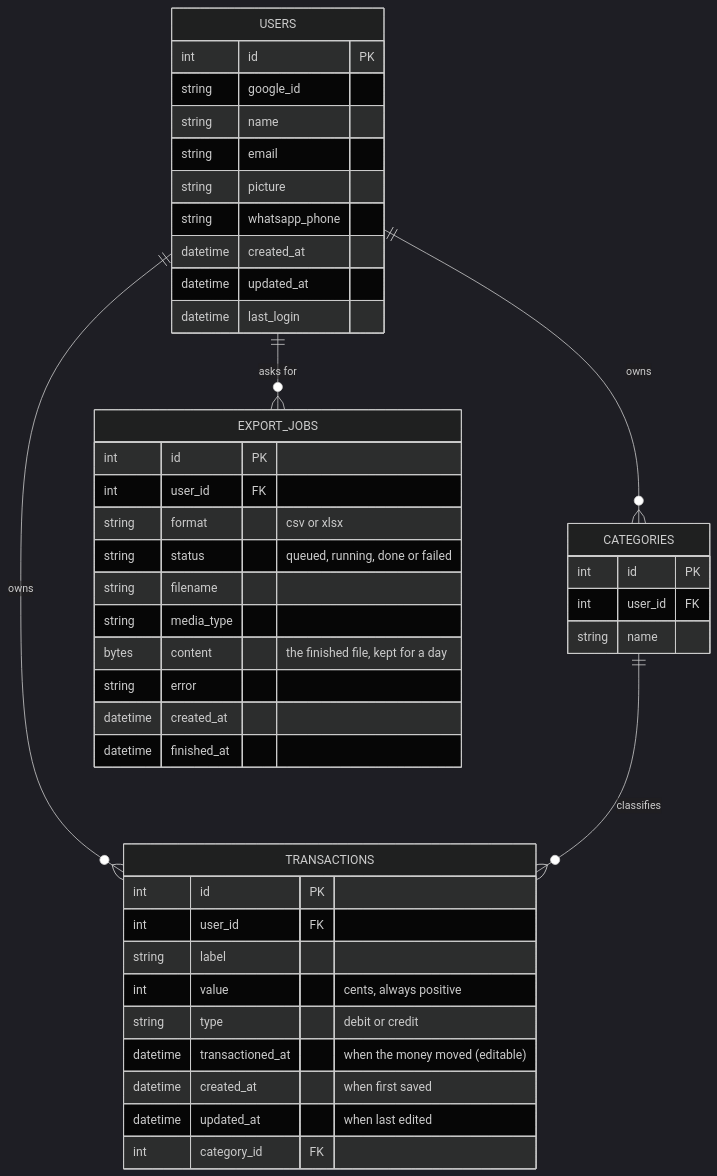
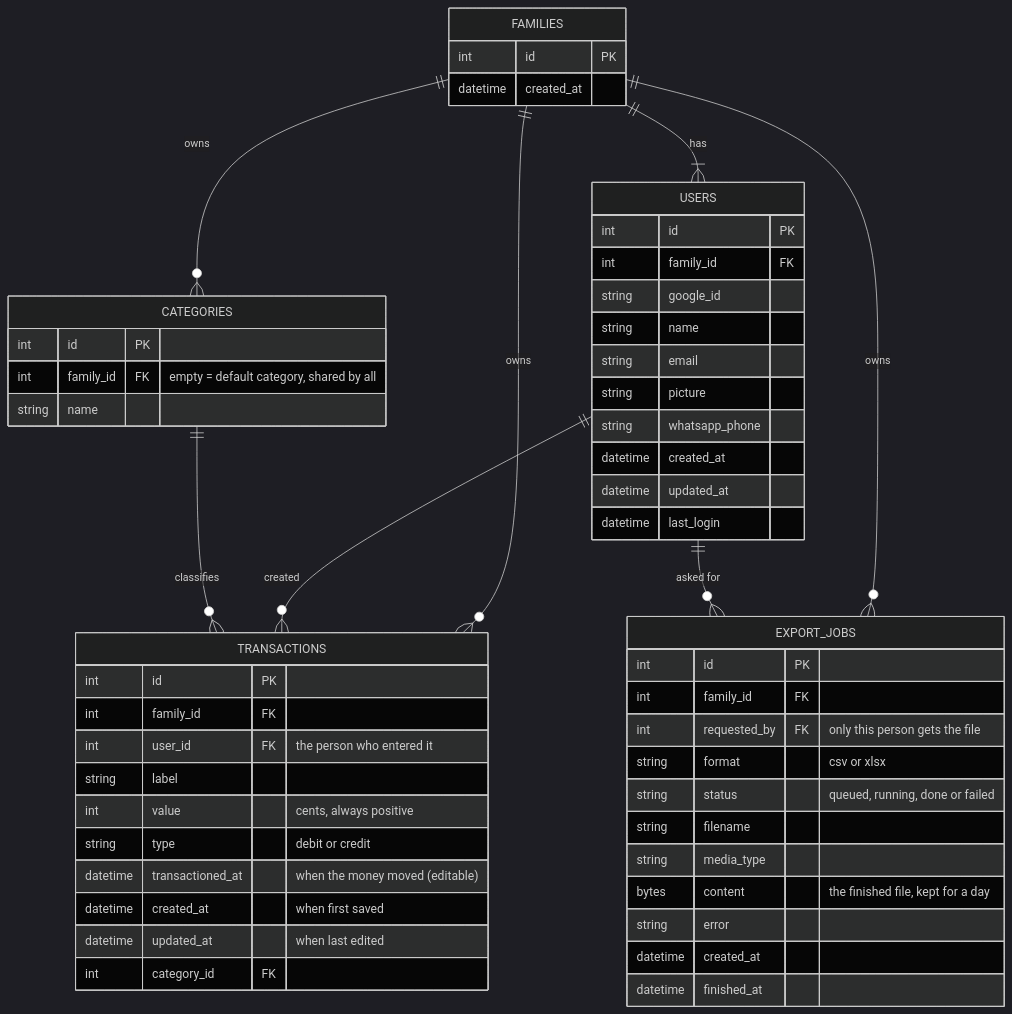
Before and after one commit to lucabattesini/money-budget: the second of 4 diagrams in docs/SYSTEM_DESIGN.md, drawn with Mermaid (dark theme). The commit also changed other lines of this file and 1 other file, not shown here.

Commit message:
MB-0015 docs: describe families in the system design and test fixtures

````diff
--- a/docs/SYSTEM_DESIGN.md
+++ b/docs/SYSTEM_DESIGN.md
@@ -185,48 +189,58 @@
 ```mermaid
 erDiagram
+    FAMILIES {
+        int id PK
+        datetime created_at
+    }
     USERS {
         int id PK
+        int family_id FK
         string google_id
         string name
         string email
         string picture
         string whatsapp_phone
         datetime created_at
         datetime updated_at
         datetime last_login
     }
     CATEGORIES {
         int id PK
-        int user_id FK
+        int family_id FK "empty = default category, shared by all"
         string name
     }
     TRANSACTIONS {
         int id PK
-        int user_id FK
+        int family_id FK
+        int user_id FK "the person who entered it"
         string label
         int value "cents, always positive"
         string type "debit or credit"
         datetime transactioned_at "when the money moved (editable)"
         datetime created_at "when first saved"
         datetime updated_at "when last edited"
         int category_id FK
     }
 
     EXPORT_JOBS {
         int id PK
-        int user_id FK
+        int family_id FK
+        int requested_by FK "only this person gets the file"
         string format "csv or xlsx"
         string status "queued, running, done or failed"
         string filename
         string media_type
         bytes content "the finished file, kept for a day"
         string error
         datetime created_at
         datetime finished_at
     }
 
-    USERS ||--o{ EXPORT_JOBS : "asks for"
-    USERS ||--o{ TRANSACTIONS : "owns"
-    USERS ||--o{ CATEGORIES : "owns"
+    FAMILIES ||--|{ USERS : "has"
+    FAMILIES ||--o{ TRANSACTIONS : "owns"
+    FAMILIES ||--o{ CATEGORIES : "owns"
+    FAMILIES ||--o{ EXPORT_JOBS : "owns"
+    USERS ||--o{ TRANSACTIONS : "created"
+    USERS ||--o{ EXPORT_JOBS : "asked for"
     CATEGORIES ||--o{ TRANSACTIONS : "classifies"
 ```
````
